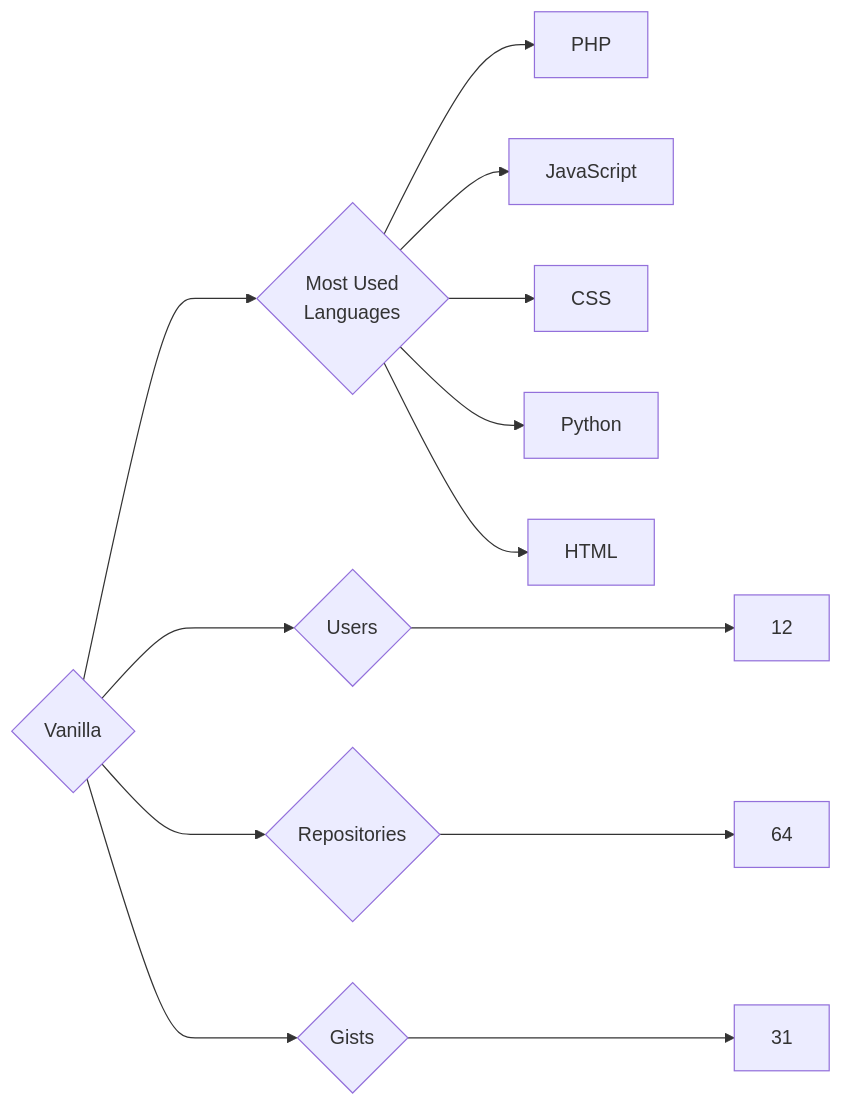
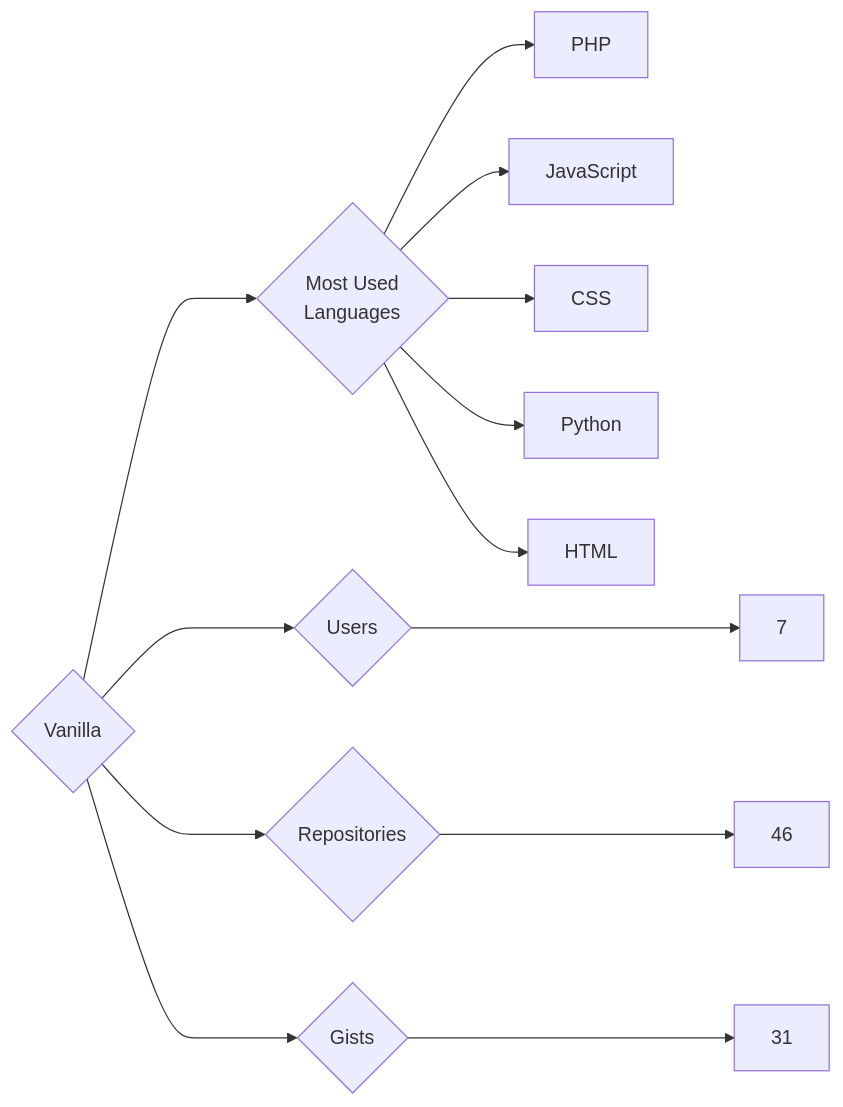
The diagram in targets/Vanilla/README.md (trickest/insiders), drawn with Mermaid before and after one commit. The commit also changed 815 other files, not shown here.

````diff
--- a/targets/Vanilla/README.md
+++ b/targets/Vanilla/README.md
@@ -3,13 +3,13 @@
 ```mermaid
 graph LR
 COMPANY_NAME{Vanilla}
-COMPANY_NAME ---> U{Users} ---> UN[12]
-COMPANY_NAME ---> R{Repositories} ---> RN[64]
+COMPANY_NAME ---> U{Users} ---> UN[7]
+COMPANY_NAME ---> R{Repositories} ---> RN[46]
 COMPANY_NAME ---> G{Gists} ---> GN[31]
 COMPANY_NAME ---> ML{Most Used<br>Languages}
 ML --> PHP[PHP]
 ML --> JavaScript[JavaScript]
 ML --> CSS[CSS]
 ML --> Python[Python]
 ML --> HTML[HTML]
 ```
````
